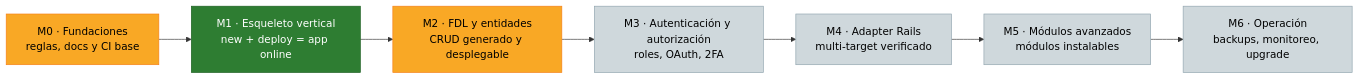
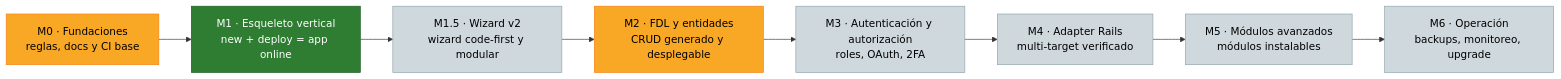
Before and after one commit to dmaure/fractal: the first of 2 diagrams in docs/MAPA_DE_PROGRESO.md, drawn with Mermaid. The commit also changed 7 other files, not shown here.

First line of the commit message:
docs: capturar decisiones de wizard v2 code-first y brazos modulares

````diff
--- a/docs/MAPA_DE_PROGRESO.md
+++ b/docs/MAPA_DE_PROGRESO.md
@@ -62,20 +62,21 @@
 ```mermaid
 flowchart LR
     M0["M0 · Fundaciones<br/>reglas, docs y CI base"]
     M1["M1 · Esqueleto vertical<br/>new + deploy = app online"]
+    M1.5["M1.5 · Wizard v2<br/>wizard code-first y modular"]
     M2["M2 · FDL y entidades<br/>CRUD generado y desplegable"]
     M3["M3 · Autenticación y autorización<br/>roles, OAuth, 2FA"]
     M4["M4 · Adapter Rails<br/>multi-target verificado"]
     M5["M5 · Módulos avanzados<br/>módulos instalables"]
     M6["M6 · Operación<br/>backups, monitoreo, upgrade"]
 
-    M0 --> M1 --> M2 --> M3 --> M4 --> M5 --> M6
+    M0 --> M1 --> M1.5 --> M2 --> M3 --> M4 --> M5 --> M6
 
     classDef done fill:#2e7d32,color:#fff,stroke:#1b5e20;
     classDef curso fill:#f9a825,color:#000,stroke:#f57f17;
     classDef pend fill:#cfd8dc,color:#000,stroke:#90a4ae;
 
     class M1 done;
     class M0,M2 curso;
-    class M3,M4,M5,M6 pend;
+    class M1.5,M3,M4,M5,M6 pend;
 ```
````
